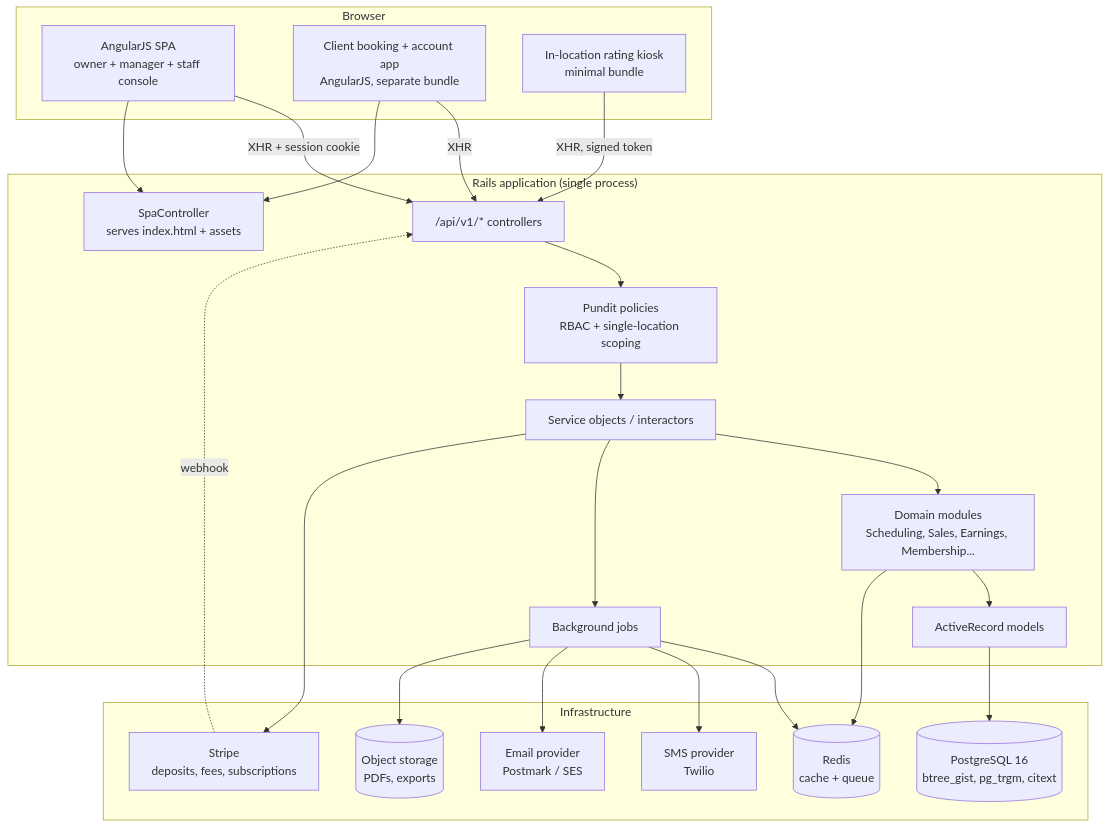
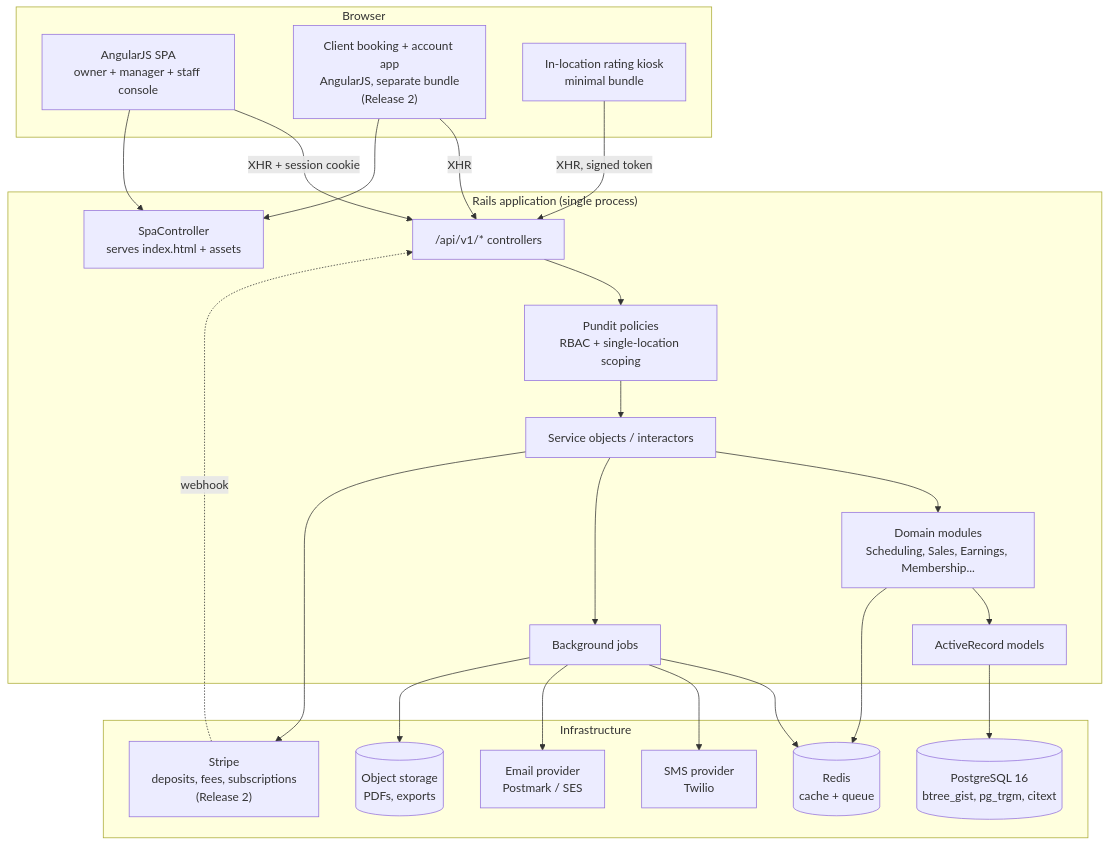
Before and after one commit to Zogoo/salon_crm: the first of 2 diagrams in docs/04-system-architecture.md, drawn with Mermaid. The commit also changed other lines of this file and 6 other files, not shown here.

````diff
--- a/docs/04-system-architecture.md
+++ b/docs/04-system-architecture.md
@@ -21,41 +27,41 @@
 ```mermaid
 graph TB
     subgraph Browser
         NG[AngularJS SPA<br/>owner + manager + staff console]
-        PUB[Client booking + account app<br/>AngularJS, separate bundle]
+        PUB["Client booking + account app<br/>AngularJS, separate bundle<br/>(Release 2)"]
         KIOSK[In-location rating kiosk<br/>minimal bundle]
     end
 
     subgraph "Rails application (single process)"
         SPA[SpaController<br/>serves index.html + assets]
         API["/api/v1/* controllers"]
         POL[Pundit policies<br/>RBAC + single-location scoping]
         SVC[Service objects / interactors]
         MOD[Domain modules<br/>Scheduling, Sales, Earnings, Membership...]
         AR[ActiveRecord models]
         JOB[Background jobs]
     end
 
     subgraph Infrastructure
         PG[(PostgreSQL 16<br/>btree_gist, pg_trgm, citext)]
         RD[(Redis<br/>cache + queue)]
-        STR[Stripe<br/>deposits, fees, subscriptions]
+        STR["Stripe<br/>deposits, fees, subscriptions<br/>(Release 2)"]
         SMS[SMS provider<br/>Twilio]
         SMTP[Email provider<br/>Postmark / SES]
         S3[(Object storage<br/>PDFs, exports)]
     end
 
     NG -->|XHR + session cookie| API
     PUB -->|XHR| API
     KIOSK -->|XHR, signed token| API
     NG --> SPA
     PUB --> SPA
     API --> POL --> SVC --> MOD --> AR --> PG
     SVC --> JOB --> RD
     SVC --> STR
     STR -.webhook.-> API
     JOB --> SMS
     JOB --> SMTP
     JOB --> S3
     MOD --> RD
 ```
````
